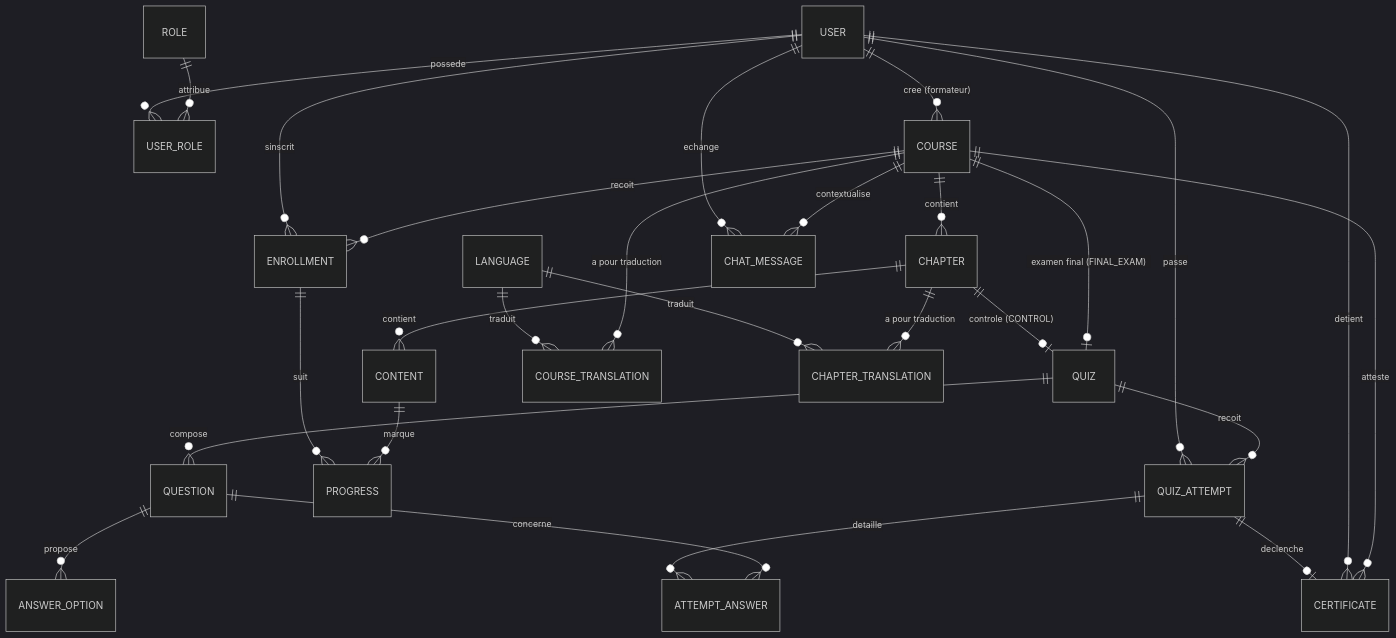
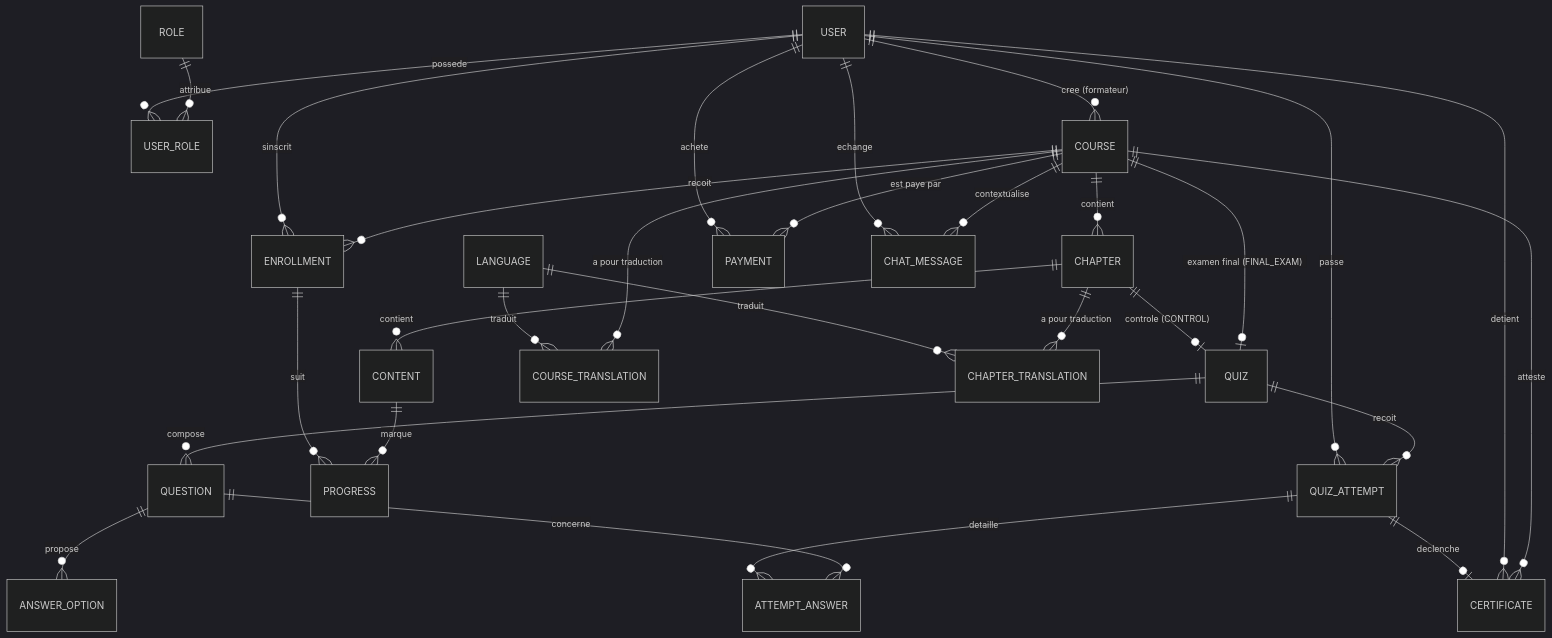
The second of 2 diagrams in docs/02-conception.md (Mariam955-creat/Educa), drawn with Mermaid (dark theme) before and after one commit. The commit also changed other lines of this file and 11 other files, not shown here.

````diff
--- a/docs/02-conception.md
+++ b/docs/02-conception.md
@@ -150,29 +153,31 @@
 ```mermaid
 erDiagram
     USER ||--o{ USER_ROLE : possede
     ROLE ||--o{ USER_ROLE : attribue
     USER ||--o{ COURSE : "cree (formateur)"
     COURSE ||--o{ CHAPTER : contient
     CHAPTER ||--o{ CONTENT : contient
     CHAPTER ||--o| QUIZ : "controle (CONTROL)"
     COURSE ||--o| QUIZ : "examen final (FINAL_EXAM)"
     QUIZ ||--o{ QUESTION : compose
     QUESTION ||--o{ ANSWER_OPTION : propose
     USER ||--o{ ENROLLMENT : sinscrit
     COURSE ||--o{ ENROLLMENT : recoit
     ENROLLMENT ||--o{ PROGRESS : suit
     CONTENT ||--o{ PROGRESS : marque
     USER ||--o{ QUIZ_ATTEMPT : passe
     QUIZ ||--o{ QUIZ_ATTEMPT : recoit
     QUIZ_ATTEMPT ||--o{ ATTEMPT_ANSWER : detaille
     QUESTION ||--o{ ATTEMPT_ANSWER : concerne
     QUIZ_ATTEMPT ||--o| CERTIFICATE : declenche
     USER ||--o{ CERTIFICATE : detient
     COURSE ||--o{ CERTIFICATE : atteste
     LANGUAGE ||--o{ COURSE_TRANSLATION : traduit
     COURSE ||--o{ COURSE_TRANSLATION : "a pour traduction"
     LANGUAGE ||--o{ CHAPTER_TRANSLATION : traduit
     CHAPTER ||--o{ CHAPTER_TRANSLATION : "a pour traduction"
+    USER ||--o{ PAYMENT : achete
+    COURSE ||--o{ PAYMENT : "est paye par"
     USER ||--o{ CHAT_MESSAGE : echange
     COURSE ||--o{ CHAT_MESSAGE : contextualise
 ```
````
